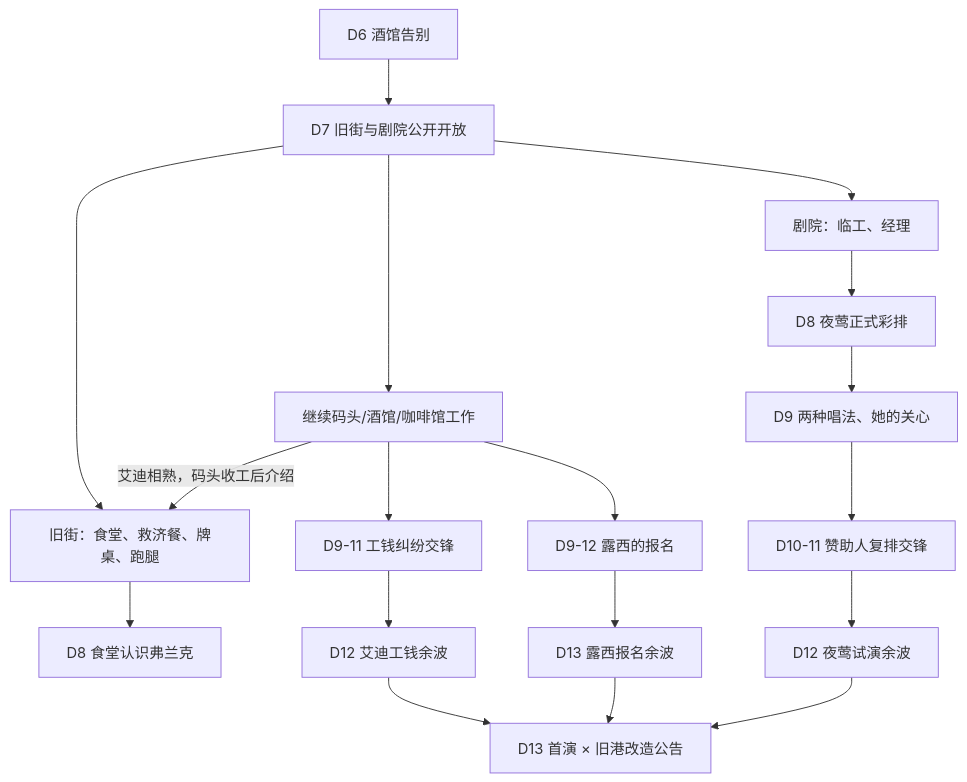
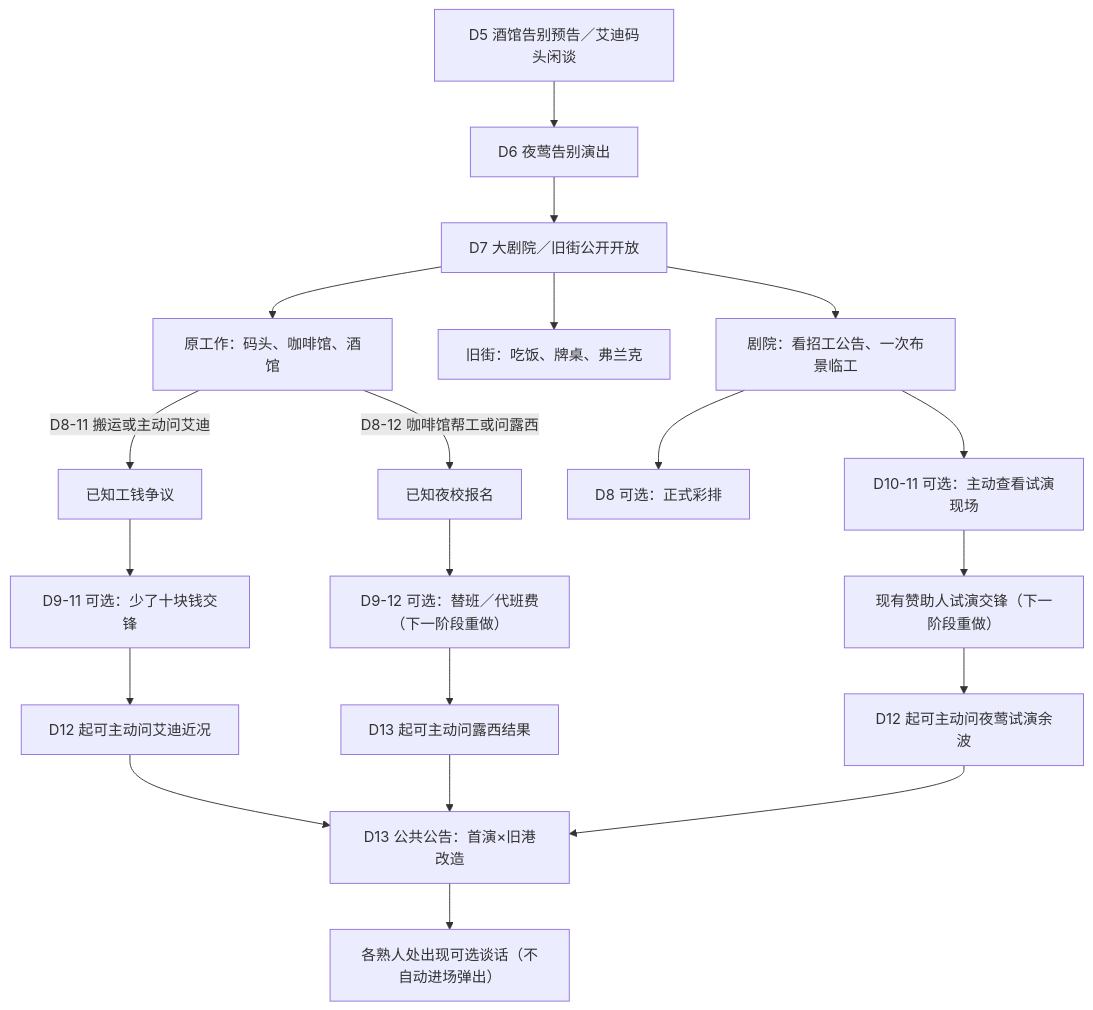
Before and after one commit to guopanqi/ssnoir: the diagram in docs/对白整理/第二幕_结构内容图.md, drawn with Mermaid. The commit also changed other lines of this file, not shown here.

````diff
--- a/docs/对白整理/第二幕_结构内容图.md
+++ b/docs/对白整理/第二幕_结构内容图.md
@@ -5,20 +5,22 @@
 ```mermaid
 flowchart TD
- A["D6 酒馆告别"] --> B["D7 旧街与剧院公开开放"]
- B --> C["继续码头/酒馆/咖啡馆工作"]
- B --> D["旧街：食堂、救济餐、牌桌、跑腿"]
- B --> E["剧院：临工、经理"]
- C --"艾迪相熟，码头收工后介绍"--> D
- D --> F["D8 食堂认识弗兰克"]
- E --> G["D8 夜莺正式彩排"]
- C --> H["D9-11 工钱纠纷交锋"]
- C --> I["D9-12 露西的报名"]
- G --> J["D9 两种唱法、她的关心"]
- J --> K["D10-11 赞助人复排交锋"]
- H --> L["D12 艾迪工钱余波"]
- I --> M["D13 露西报名余波"]
- K --> N["D12 夜莺试演余波"]
- L --> O["D13 首演 × 旧港改造公告"]
- M --> O
- N --> O
+    A["D5 酒馆告别预告／艾迪码头闲谈"] --> B["D6 夜莺告别演出"]
+    B --> C["D7 大剧院／旧街公开开放"]
+    C --> D["原工作：码头、咖啡馆、酒馆"]
+    C --> E["旧街：吃饭、牌桌、弗兰克"]
+    C --> F["剧院：看招工公告、一次布景临工"]
+    D --"D8-11 搬运或主动问艾迪"--> G["已知工钱争议"]
+    D --"D8-12 咖啡馆帮工或问露西"--> H["已知夜校报名"]
+    G --> I["D9-11 可选：少了十块钱交锋"]
+    H --> J["D9-12 可选：替班／代班费（下一阶段重做）"]
+    F --> K["D8 可选：正式彩排"]
+    F --> L["D10-11 可选：主动查看试演现场"]
+    L --> M["现有赞助人试演交锋（下一阶段重做）"]
+    I --> N["D12 起可主动问艾迪近况"]
+    J --> O["D13 起可主动问露西结果"]
+    M --> P["D12 起可主动问夜莺试演余波"]
+    N --> Q["D13 公共公告：首演×旧港改造"]
+    O --> Q
+    P --> Q
+    Q --> R["各熟人处出现可选谈话（不自动进场弹出）"]
 ```
````
